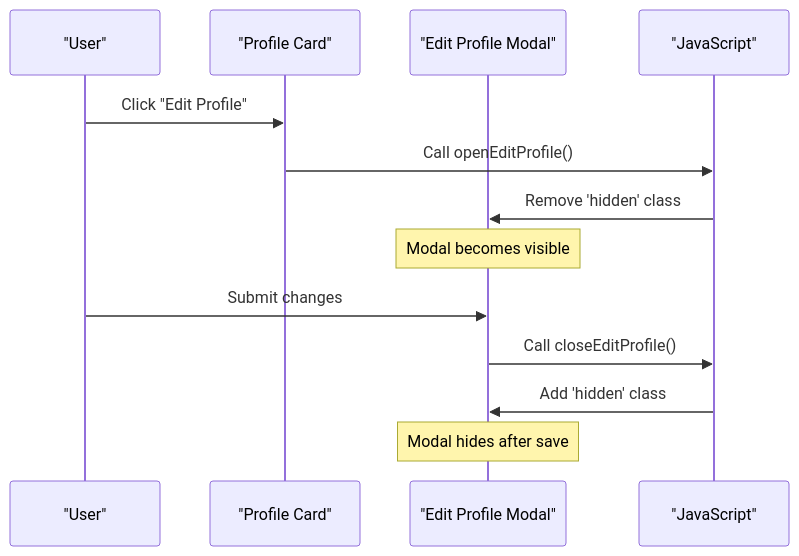
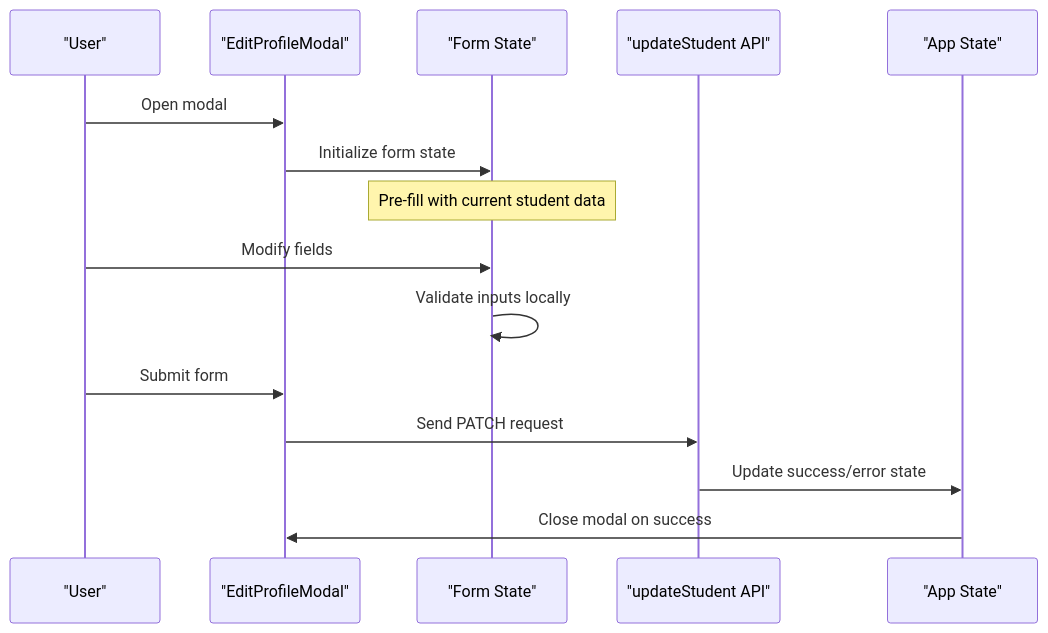
One commit to Alishba-Moin/CareerCompass changed the fourth of 6 diagrams in .qoder/repowiki/en/content/Core Features/Profile Management System.md. Above: the diagram before and after it, drawn with Mermaid. The commit also changed other lines of this file and 38 other files, not shown here.

Commit message:
Add Roadmap pdf download option

````diff
--- a/.qoder/repowiki/en/content/Core Features/Profile Management System.md
+++ b/.qoder/repowiki/en/content/Core Features/Profile Management System.md
@@ -151,15 +258,17 @@
 ```mermaid
 sequenceDiagram
 participant User as "User"
-participant Card as "Profile Card"
-participant Modal as "Edit Profile Modal"
-participant Script as "JavaScript"
-User->>Card : Click "Edit Profile"
-Card->>Script : Call openEditProfile()
-Script->>Modal : Remove 'hidden' class
-Note over Modal : Modal becomes visible
-User->>Modal : Submit changes
-Modal->>Script : Call closeEditProfile()
-Script->>Modal : Add 'hidden' class
-Note over Modal : Modal hides after save
+participant Modal as "EditProfileModal"
+participant Form as "Form State"
+participant API as "updateStudent API"
+participant App as "App State"
+User->>Modal : Open modal
+Modal->>Form : Initialize form state
+Note over Form : Pre-fill with current student data
+User->>Form : Modify fields
+Form->>Form : Validate inputs locally
+User->>Modal : Submit form
+Modal->>API : Send PATCH request
+API->>App : Update success/error state
+App->>Modal : Close modal on success
 ```
````
